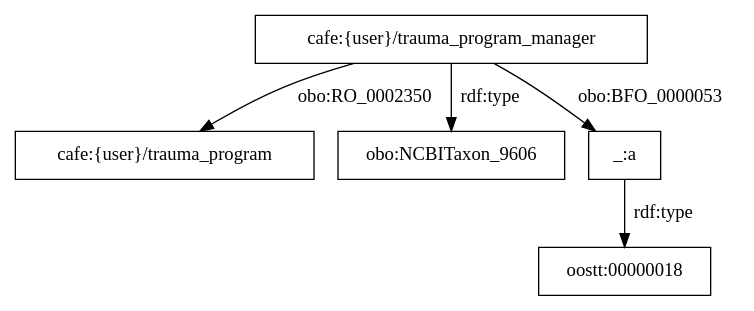
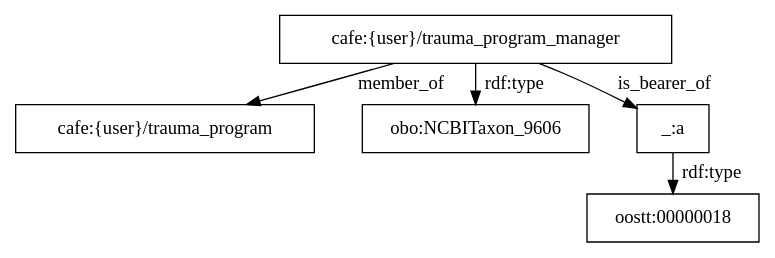
The diagram in cafe/graphs/25.dot (utecht/dideo-server), drawn with Graphviz before and after one commit. The commit also changed 19 other files, not shown here.

Commit message:
changed graph format, added more statements

```diff
--- a/cafe/graphs/25.dot
+++ b/cafe/graphs/25.dot
@@ -1,6 +1,7 @@
 digraph g { node [shape=rectangle];
-"cafe:{user}/trauma_program_manager" -> "cafe:{user}/trauma_program" [label="obo:RO_0002350"]
+graph [splines=true, nodesep=.5, ranksep=0, overlap=false];
+"cafe:{user}/trauma_program_manager" -> "cafe:{user}/trauma_program" [label="member_of"]
 "cafe:{user}/trauma_program_manager" -> "obo:NCBITaxon_9606" [label="rdf:type"]
-"cafe:{user}/trauma_program_manager" -> "_:a" [label="obo:BFO_0000053"]
+"cafe:{user}/trauma_program_manager" -> "_:a" [label="is_bearer_of"]
 "_:a" -> "oostt:00000018" [label="rdf:type"]
 }
```
